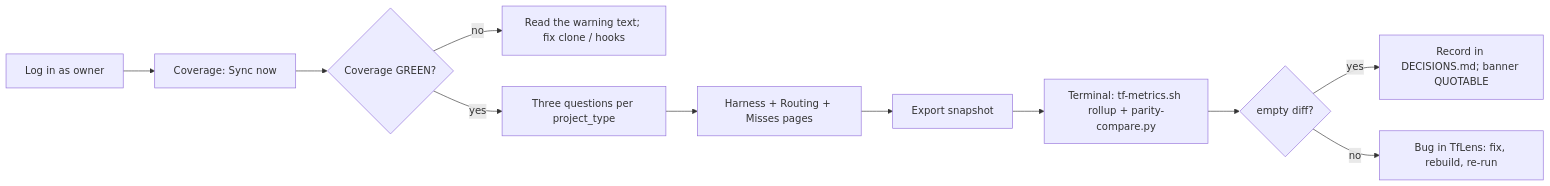
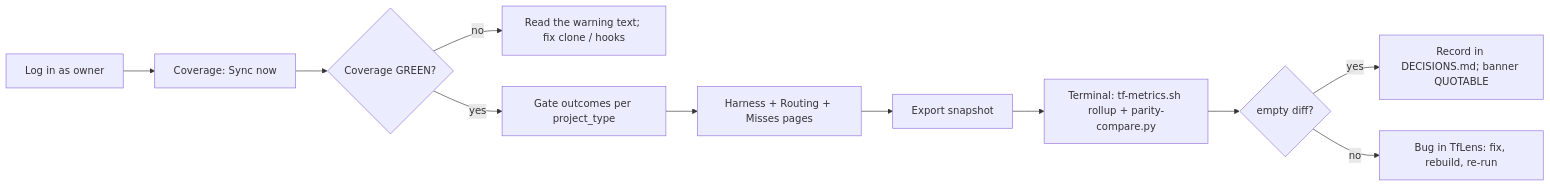
One commit to techierathore/TfLens changed the diagram in docs/TfLens-UsageGuide.md. Above: the diagram before and after it, drawn with Mermaid. The commit also changed other lines of this file and 151 other files, not shown here.

````diff
--- a/docs/TfLens-UsageGuide.md
+++ b/docs/TfLens-UsageGuide.md
@@ -42,13 +42,13 @@
 ```mermaid
 flowchart LR
   A["Log in as owner"] --> B["Coverage: Sync now"]
   B --> C{"Coverage GREEN?"}
   C -->|"no"| D["Read the warning text; fix clone / hooks"]
-  C -->|"yes"| E["Three questions per project_type"]
+  C -->|"yes"| E["Gate outcomes per project_type"]
   E --> F["Harness + Routing + Misses pages"]
   F --> G["Export snapshot"]
   G --> H["Terminal: tf-metrics.sh rollup + parity-compare.py"]
   H --> I{"empty diff?"}
   I -->|"yes"| J["Record in DECISIONS.md; banner QUOTABLE"]
   I -->|"no"| K["Bug in TfLens: fix, rebuild, re-run"]
 ```
````
